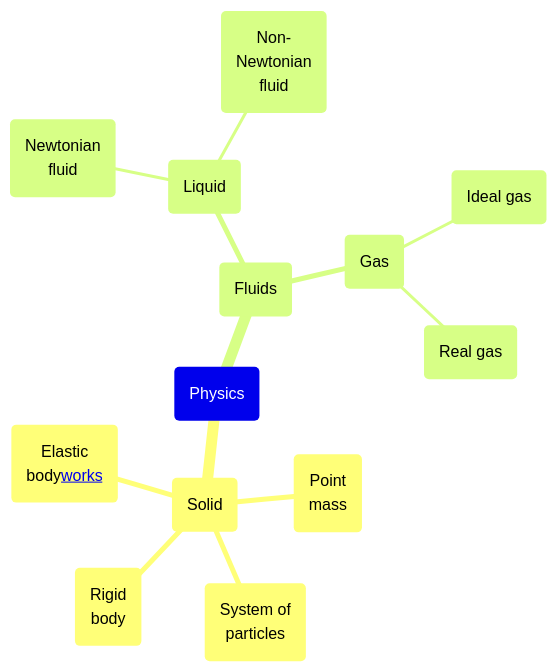
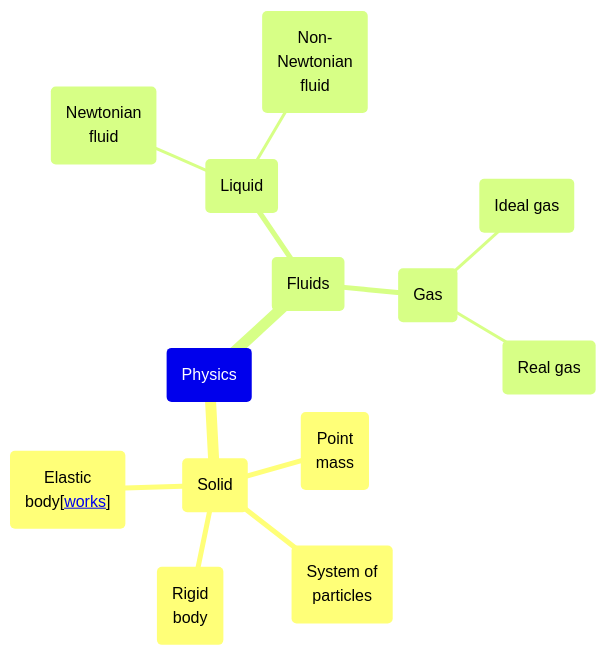
One commit to dragonhunt02/v-sekai-game changed the first of 2 diagrams in codebase.md. Above: the diagram before and after it, drawn with Mermaid.

````diff
--- a/codebase.md
+++ b/codebase.md
@@ -1,17 +1,17 @@
 ```mermaid
 mindmap
   ("Physics")
     ("Solid")
       ("Point<br>mass")
       ("System of<br>particles")
       ("Rigid<br>body")
-      ("Elastic<br>body<a href='https://github.com/dragonhunt02/v-sekai-game/blob/docs/codebase.md#test'>works</a>")
+      ("Elastic<br>body[<a href='https://github.com/dragonhunt02/v-sekai-game/blob/docs/codebase.md#test'>works</a>]")
     ("Fluids")
       ("Liquid")
         ("Newtonian<br>fluid")
         ("Non-<br>Newtonian<br>fluid")
       ("Gas")
         ("Ideal gas")
         ("Real gas")
 
 ```
````
